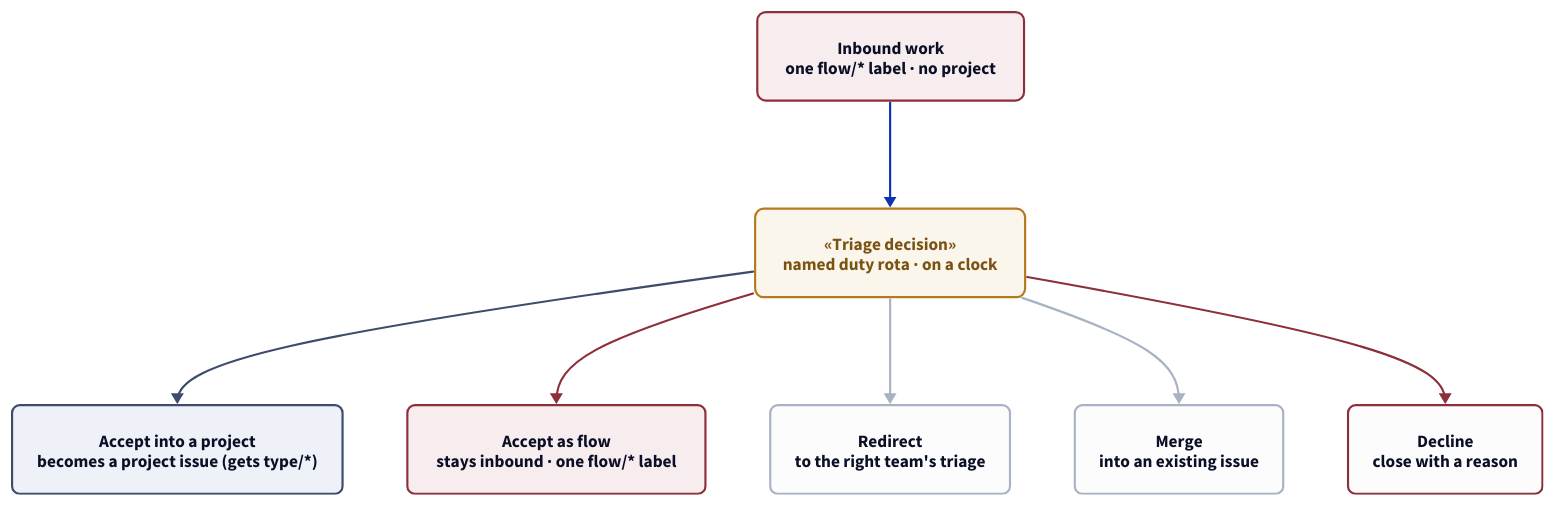
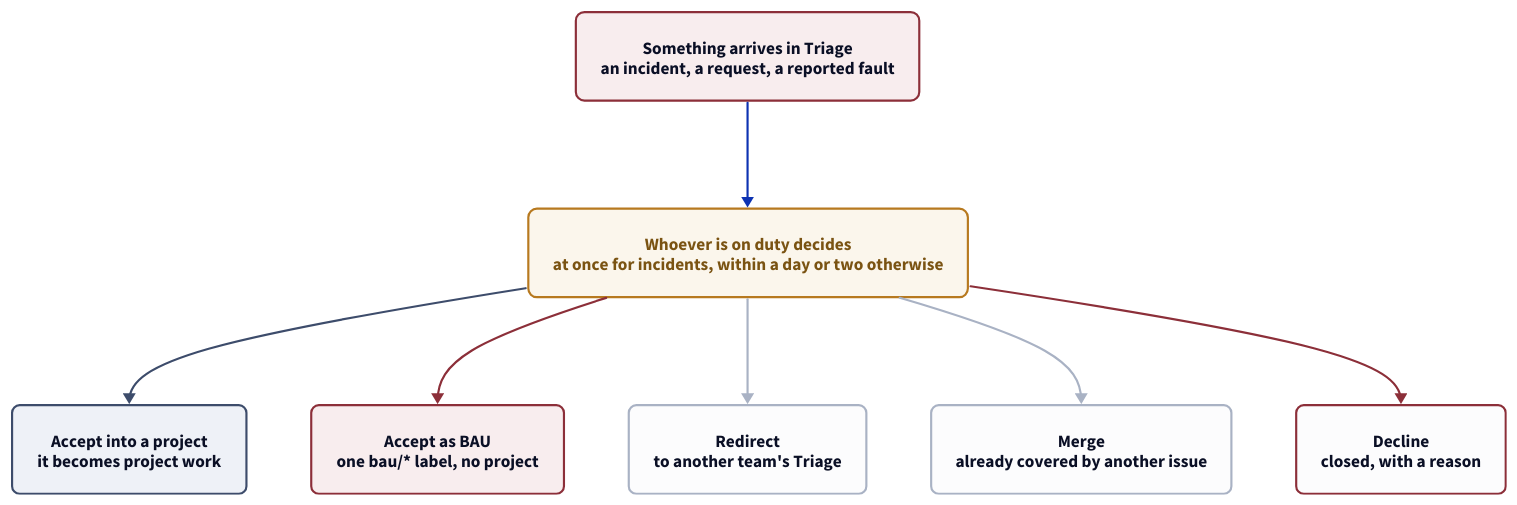
The diagram in docs/diagrams/triage-outcomes.d2 (hungovercoders/linear-work-management), drawn with D2 before and after one commit. The commit also changed 15 other files, not shown here.

First line of the commit message:
docs(diagrams): redraw all eight in the guide's plain wording

```diff
--- a/docs/diagrams/triage-outcomes.d2
+++ b/docs/diagrams/triage-outcomes.d2
@@ -1,38 +1,38 @@
-# Triage outcomes: the five decisions the duty rota can make on inbound work.
+# Triage outcomes: the five decisions the person on duty can make.
 # Shown on the Triage work page as a committed SVG (see `task diagrams`).
-# Companion to issue-lifecycle.d2. Flat + acyclic fan-out; inbound (red) palette.
+# Companion to issue-lifecycle.d2. Flat + acyclic fan-out; BAU (red) palette.
 
 direction: down
 
-inbound: "Inbound work\none flow/* label · no project" {
+inbound: "Something arrives in Triage\nan incident, a request, a reported fault" {
   style: {fill: "#F8EDEE"; stroke: "#8C2F39"; border-radius: 8; bold: true}
 }
 
-decision: "«Triage decision»\nnamed duty rota · on a clock" {
+decision: "Whoever is on duty decides\nat once for incidents, within a day or two otherwise" {
   style: {fill: "#FBF6EC"; stroke: "#B7791F"; border-radius: 8; bold: true; font-color: "#7A5312"}
 }
 
 # ---- the five outcomes ----
-accept_project: "Accept into a project\nbecomes a project issue (gets type/*)" {
+accept_project: "Accept into a project\nit becomes project work" {
   style: {fill: "#EEF1F7"; stroke: "#3D4C6B"; border-radius: 7; bold: true}
 }
-accept_flow: "Accept as flow\nstays inbound · one flow/* label" {
+accept_bau: "Accept as BAU\none bau/* label, no project" {
   style: {fill: "#F8EDEE"; stroke: "#8C2F39"; border-radius: 7}
 }
-redirect: "Redirect\nto the right team's triage" {
+redirect: "Redirect\nto another team's Triage" {
   style: {fill: "#FCFCFD"; stroke: "#A9B2C4"; border-radius: 7}
 }
-merge: "Merge\ninto an existing issue" {
+merge: "Merge\nalready covered by another issue" {
   style: {fill: "#FCFCFD"; stroke: "#A9B2C4"; border-radius: 7}
 }
-decline: "Decline\nclose with a reason" {
+decline: "Decline\nclosed, with a reason" {
   style: {fill: "#FCFCFD"; stroke: "#8C2F39"; border-radius: 7}
 }
 
 # ---- the fan-out (acyclic) ----
 inbound -> decision
 decision -> accept_project: {style.stroke: "#3D4C6B"}
-decision -> accept_flow: {style.stroke: "#8C2F39"}
+decision -> accept_bau: {style.stroke: "#8C2F39"}
 decision -> redirect: {style.stroke: "#A9B2C4"}
 decision -> merge: {style.stroke: "#A9B2C4"}
 decision -> decline: {style.stroke: "#8C2F39"}
```
